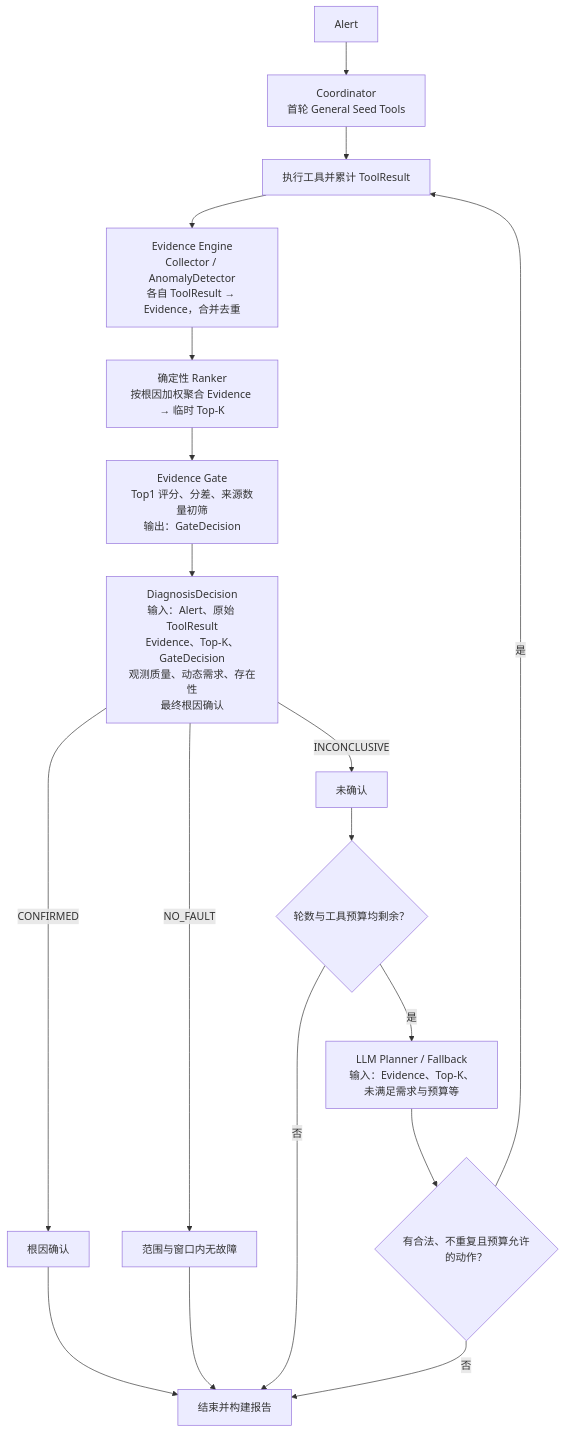
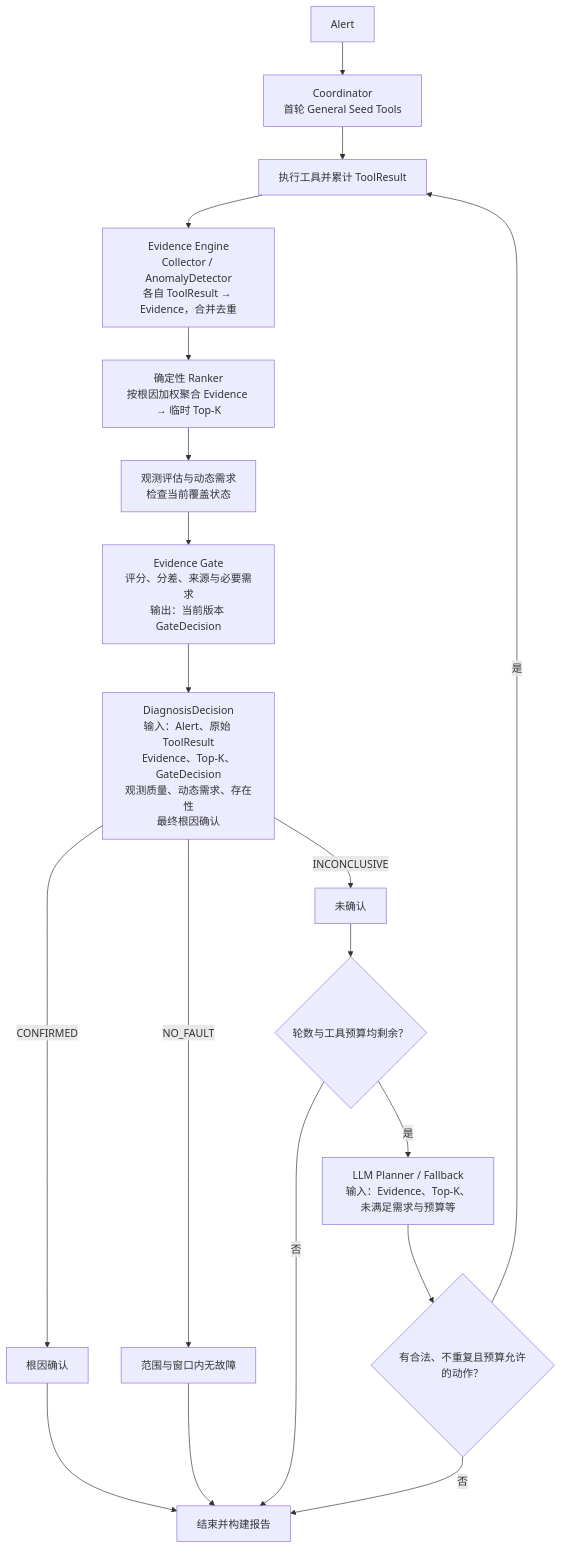
The first of 2 diagrams in README.md (1hao1hao/OpsPilot), drawn with Mermaid before and after one commit. The commit also changed other lines of this file and 16 other files, not shown here.

````diff
--- a/README.md
+++ b/README.md
@@ -11,20 +11,21 @@
 ```mermaid
 flowchart TD
     A["Alert"] --> C["Coordinator<br/>首轮 General Seed Tools"]
     C --> T["执行工具并累计 ToolResult"]
     T --> E["Evidence Engine<br/>Collector / AnomalyDetector<br/>各自 ToolResult → Evidence，合并去重"]
     E --> R["确定性 Ranker<br/>按根因加权聚合 Evidence → 临时 Top-K"]
-    R --> G["Evidence Gate<br/>Top1 评分、分差、来源数量初筛<br/>输出：GateDecision"]
+    R --> U["观测评估与动态需求<br/>检查当前覆盖状态"]
+    U --> G["Evidence Gate<br/>评分、分差、来源与必要需求<br/>输出：当前版本 GateDecision"]
     G --> D["DiagnosisDecision<br/>输入：Alert、原始 ToolResult<br/>Evidence、Top-K、GateDecision<br/>观测质量、动态需求、存在性<br/>最终根因确认"]
     D -->|CONFIRMED| F["根因确认"]
     D -->|NO_FAULT| N["范围与窗口内无故障"]
     D -->|INCONCLUSIVE| I["未确认"]
     F --> END["结束并构建报告"]
     N --> END
     I --> B{"轮数与工具预算均剩余？"}
     B -->|否| END
     B -->|是| P["LLM Planner / Fallback<br/>输入：Evidence、Top-K、未满足需求与预算等"]
     P --> V{"有合法、不重复且预算允许的动作？"}
     V -->|否| END
     V -->|是| T
 ```
````
